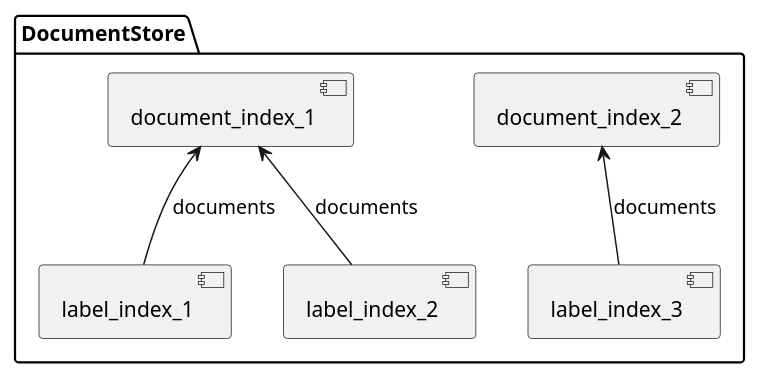
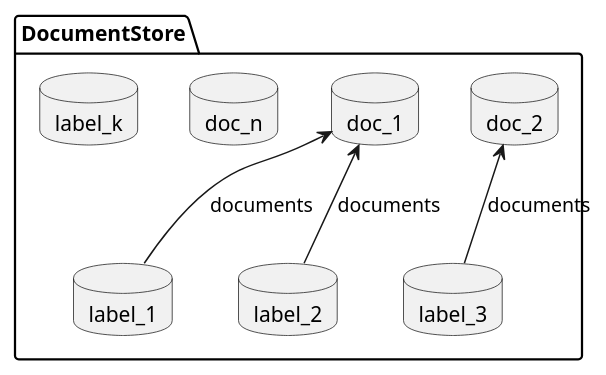
The diagram in documentstore_component.iuml (tstadel/arc), drawn with PlantUML before and after one commit.

```diff
--- a/documentstore_component.iuml
+++ b/documentstore_component.iuml
@@ -1,13 +1,15 @@
 @startuml
 package DocumentStore {
-  component document_index_1
-  component document_index_2
-  component label_index_1
-  component label_index_2
-  component label_index_3
+  database doc_1
+  database doc_2
+  database doc_n
+  database label_1
+  database label_2
+  database label_3
+  database label_k
 }
 
-label_index_1 -up-> document_index_1: "documents"
-label_index_2 -up-> document_index_1: "documents"
-label_index_3 -up-> document_index_2: "documents"
+label_1 -up-> doc_1: "documents"
+label_2 -up-> doc_1: "documents"
+label_3 -up-> doc_2: "documents"
 @enduml
```
